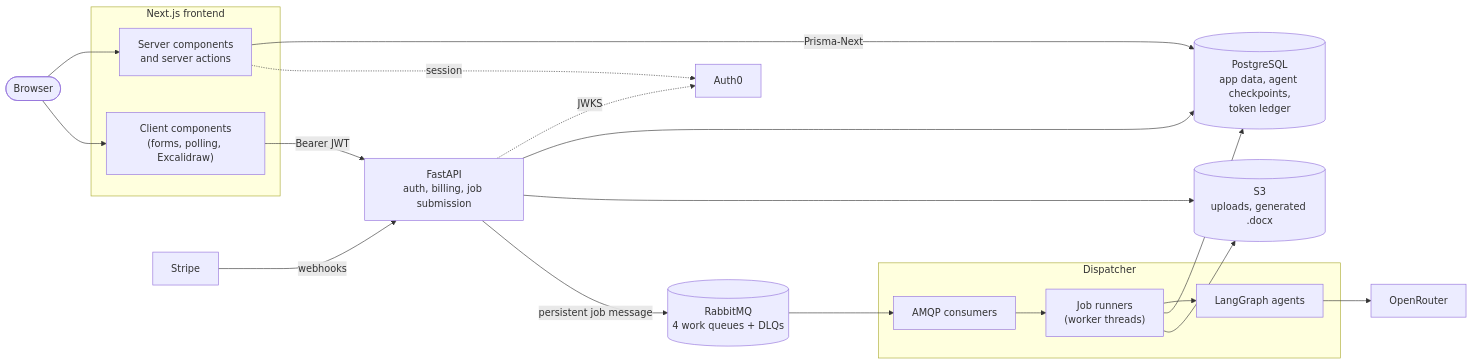
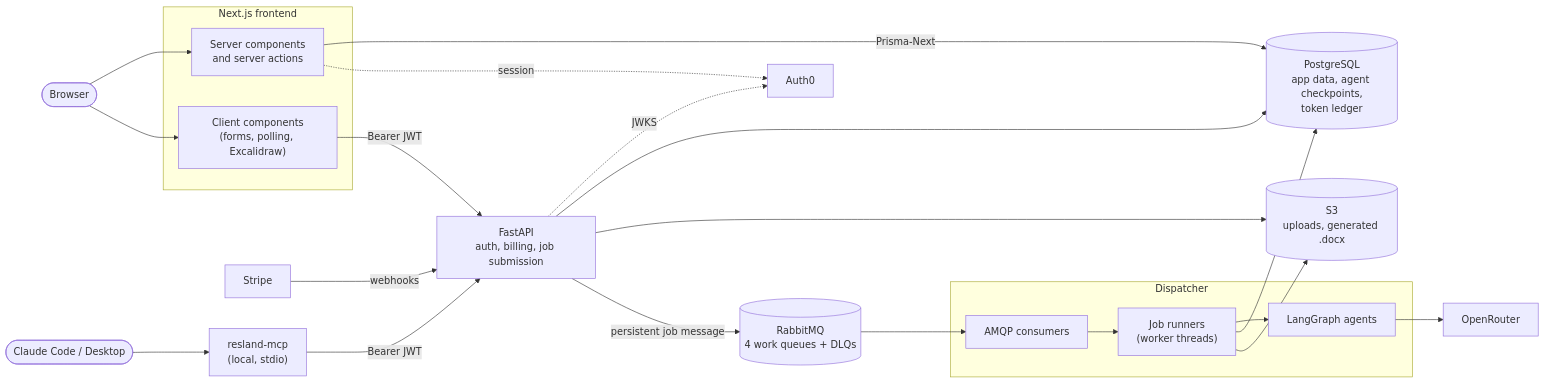
The first of 5 diagrams in README.md (quellen-sol/Resland-Mirror), drawn with Mermaid before and after one commit. The commit also changed other lines of this file and 1 other file, not shown here.

````diff
--- a/README.md
+++ b/README.md
@@ -63,37 +67,41 @@
 ```mermaid
 flowchart LR
     user(["Browser"])
+    claude(["Claude Code / Desktop"])
+    mcp["resland-mcp<br/>(local, stdio)"]
 
     subgraph web["Next.js frontend"]
         rsc["Server components<br/>and server actions"]
         client["Client components<br/>(forms, polling, Excalidraw)"]
     end
 
     api["FastAPI<br/>auth, billing, job submission"]
     mq[("RabbitMQ<br/>4 work queues + DLQs")]
 
     subgraph disp["Dispatcher"]
         consumers["AMQP consumers"] --> runners["Job runners<br/>(worker threads)"] --> agents["LangGraph agents"]
     end
 
     llm["OpenRouter"]
     pg[("PostgreSQL<br/>app data, agent checkpoints,<br/>token ledger")]
     s3[("S3<br/>uploads, generated .docx")]
     auth0["Auth0"]
     stripe["Stripe"]
 
     user --> rsc
     user --> client
     rsc -- "Prisma-Next" --> pg
     client -- "Bearer JWT" --> api
+    claude --> mcp
+    mcp -- "Bearer JWT" --> api
     api -. "JWKS" .-> auth0
     rsc -. "session" .-> auth0
     api --> pg
     api --> s3
     api -- "persistent job message" --> mq
     mq --> consumers
     agents --> llm
     runners --> pg
     runners --> s3
     stripe -- "webhooks" --> api
 ```
````
